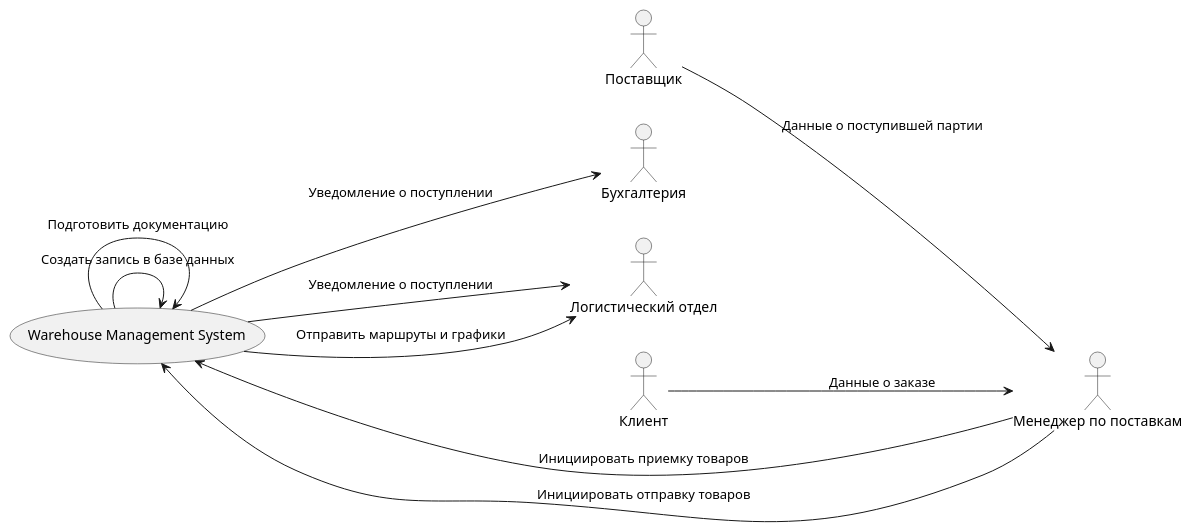
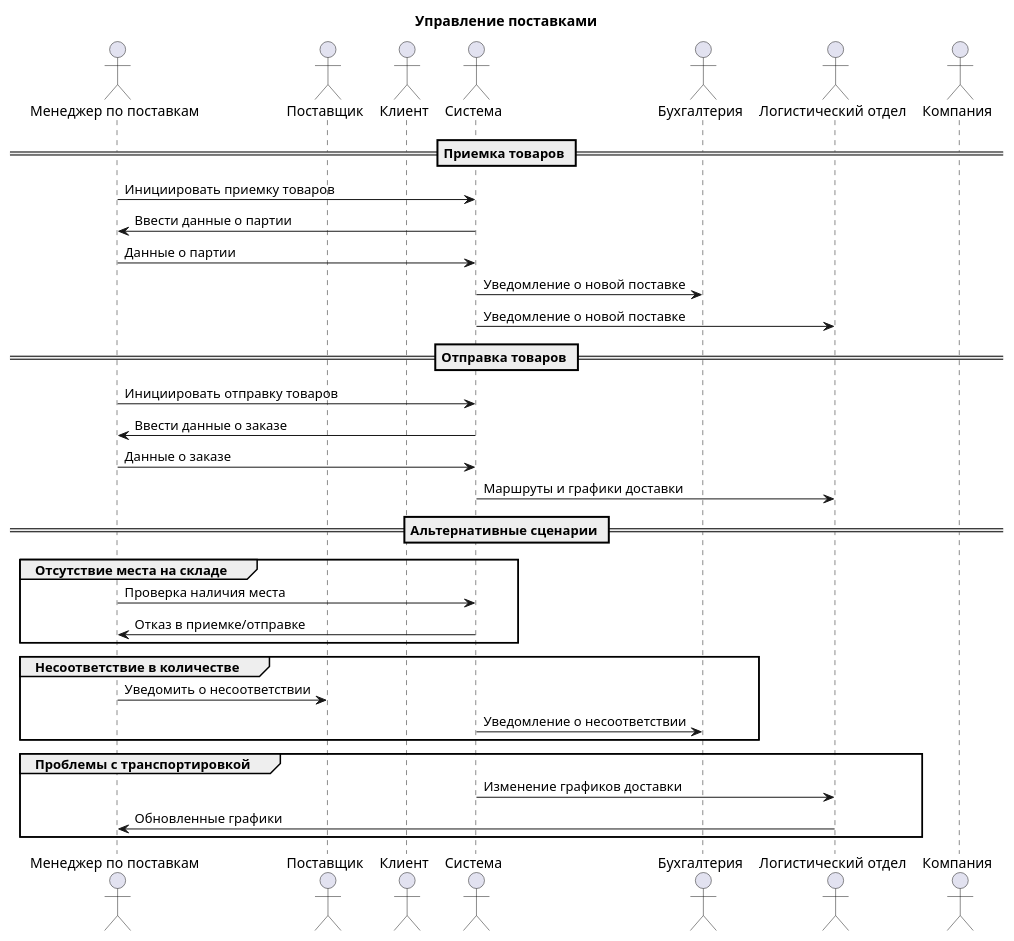
Before and after one commit to penamarth/bsbo-14-22_team5_var6: the diagram in Precedents/Управление поставками/Диаграмма последовательнисти и управление поставками.md, drawn with PlantUML. The commit also changed 7 other files, not shown here.

Commit message:
Добавлены диаграммы последовательности

````diff
--- a/Precedents/Управление поставками/Диаграмма последовательнисти и управление поставками.md
+++ b/Precedents/Управление поставками/Диаграмма последовательнисти и управление поставками.md
@@ -1,27 +1,43 @@
+```plantuml
 @startuml
+actor "Менеджер по поставкам" as supplyManager
+actor "Поставщик" as supplier
+actor "Клиент" as customer
+actor "Система" as system
+actor "Бухгалтерия" as accounting
+actor "Логистический отдел" as logistics
+actor "Компания" as company
 
-skinparam packageStyle rect
-left to right direction
+title Управление поставками
 
-together {
-  actor "Менеджер по поставкам" as Manager
-  actor "Поставщик" as Supplier
-  actor "Бухгалтерия" as Accounting
-  actor "Логистический отдел" as Logistics
-  actor "Клиент" as Client
-}
+== Приемка товаров ==
+supplyManager -> system: Инициировать приемку товаров
+system -> supplyManager: Ввести данные о партии
+supplyManager -> system: Данные о партии
+system -> accounting: Уведомление о новой поставке
+system -> logistics: Уведомление о новой поставке
 
-(Warehouse Management System) as WMS
+== Отправка товаров ==
+supplyManager -> system: Инициировать отправку товаров
+system -> supplyManager: Ввести данные о заказе
+supplyManager -> system: Данные о заказе
+system -> logistics: Маршруты и графики доставки
 
-Manager --> WMS : Инициировать приемку товаров
-Supplier --> Manager : Данные о поступившей партии
-WMS --> WMS : Создать запись в базе данных
-WMS --> Accounting : Уведомление о поступлении
-WMS --> Logistics : Уведомление о поступлении
+== Альтернативные сценарии ==
+group Отсутствие места на складе
+    supplyManager -> system: Проверка наличия места
+    system -> supplyManager: Отказ в приемке/отправке
+end
 
-Manager --> WMS : Инициировать отправку товаров
-Client --> Manager : Данные о заказе
-WMS --> WMS : Подготовить документацию
-WMS --> Logistics : Отправить маршруты и графики
+group Несоответствие в количестве
+    supplyManager -> supplier: Уведомить о несоответствии
+    system -> accounting: Уведомление о несоответствии
+end
+
+group Проблемы с транспортировкой
+    system -> logistics: Изменение графиков доставки
+    logistics -> supplyManager: Обновленные графики
+end
 
 @enduml
+```
````
